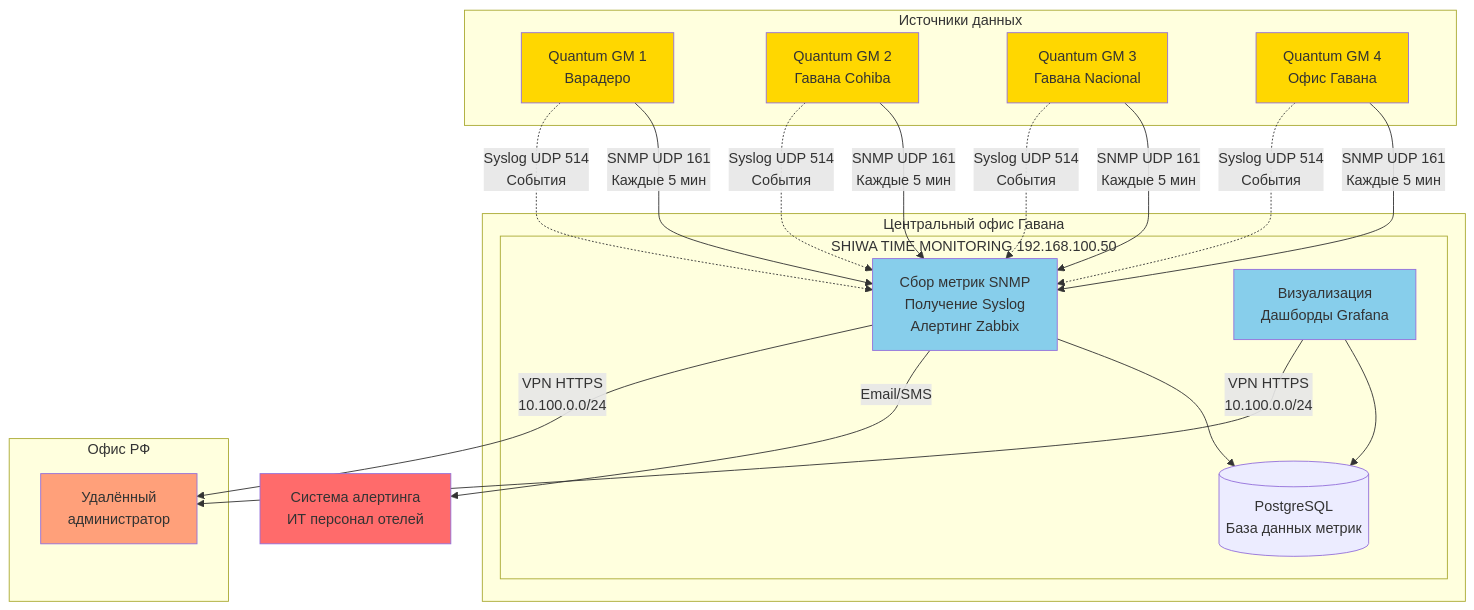
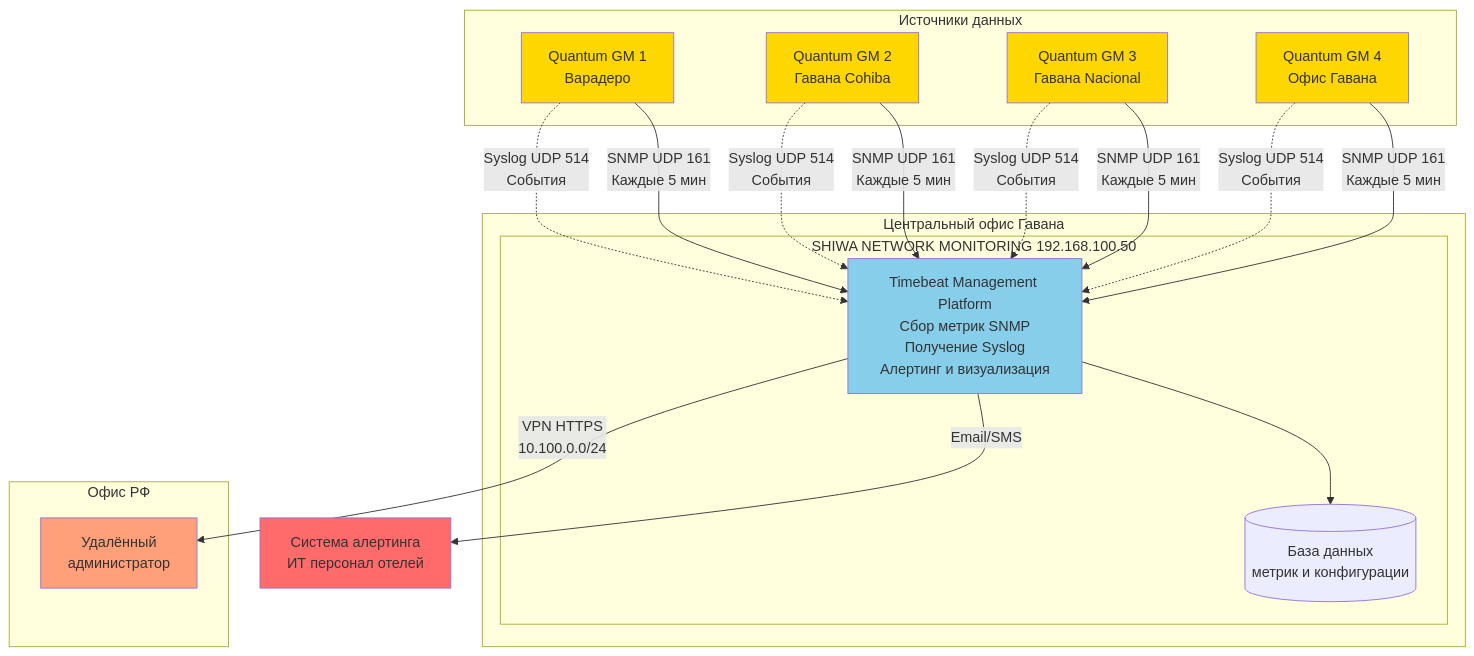
One commit to SiwaNetwork/BIZNES_HOTEL changed the fourth of 6 diagrams in network_diagrams.md. Above: the diagram before and after it, drawn with Mermaid. The commit also changed other lines of this file and 4 other files, not shown here.

First line of the commit message:
Переименована система мониторинга в SHIWA NETWORK MONITORING

````diff
--- a/network_diagrams.md
+++ b/network_diagrams.md
@@ -347,48 +347,44 @@
 ```mermaid
 graph TB
     subgraph sources["Источники данных"]
         GM1["Quantum GM 1<br/>Варадеро"]
         GM2["Quantum GM 2<br/>Гавана Cohiba"]
         GM3["Quantum GM 3<br/>Гавана Nacional"]
         GM4["Quantum GM 4<br/>Офис Гавана"]
     end
     
     subgraph office["Центральный офис Гавана"]
-        subgraph monitoring["SHIWA TIME MONITORING 192.168.100.50"]
-            ZABBIX["Сбор метрик SNMP<br/>Получение Syslog<br/>Алертинг Zabbix"]
-            GRAFANA["Визуализация<br/>Дашборды Grafana"]
-            DB[("PostgreSQL<br/>База данных метрик")]
+        subgraph monitoring["SHIWA NETWORK MONITORING 192.168.100.50"]
+            TIMEBEAT["Timebeat Management Platform<br/>Сбор метрик SNMP<br/>Получение Syslog<br/>Алертинг и визуализация"]
+            DB[("База данных<br/>метрик и конфигурации")]
             
-            ZABBIX --> DB
-            GRAFANA --> DB
+            TIMEBEAT --> DB
         end
     end
     
-    GM1 -->|"SNMP UDP 161<br/>Каждые 5 мин"| ZABBIX
-    GM2 -->|"SNMP UDP 161<br/>Каждые 5 мин"| ZABBIX
-    GM3 -->|"SNMP UDP 161<br/>Каждые 5 мин"| ZABBIX
-    GM4 -->|"SNMP UDP 161<br/>Каждые 5 мин"| ZABBIX
+    GM1 -->|"SNMP UDP 161<br/>Каждые 5 мин"| TIMEBEAT
+    GM2 -->|"SNMP UDP 161<br/>Каждые 5 мин"| TIMEBEAT
+    GM3 -->|"SNMP UDP 161<br/>Каждые 5 мин"| TIMEBEAT
+    GM4 -->|"SNMP UDP 161<br/>Каждые 5 мин"| TIMEBEAT
     
-    GM1 -.->|"Syslog UDP 514<br/>События"| ZABBIX
-    GM2 -.->|"Syslog UDP 514<br/>События"| ZABBIX
-    GM3 -.->|"Syslog UDP 514<br/>События"| ZABBIX
-    GM4 -.->|"Syslog UDP 514<br/>События"| ZABBIX
+    GM1 -.->|"Syslog UDP 514<br/>События"| TIMEBEAT
+    GM2 -.->|"Syslog UDP 514<br/>События"| TIMEBEAT
+    GM3 -.->|"Syslog UDP 514<br/>События"| TIMEBEAT
+    GM4 -.->|"Syslog UDP 514<br/>События"| TIMEBEAT
     
-    ZABBIX -->|"Email/SMS"| ALERTS["Система алертинга<br/>ИТ персонал отелей"]
+    TIMEBEAT -->|"Email/SMS"| ALERTS["Система алертинга<br/>ИТ персонал отелей"]
     
     subgraph rf["Офис РФ"]
         RF_ADMIN["Удалённый<br/>администратор"]
     end
     
-    GRAFANA -->|"VPN HTTPS<br/>10.100.0.0/24"| RF_ADMIN
-    ZABBIX -->|"VPN HTTPS<br/>10.100.0.0/24"| RF_ADMIN
+    TIMEBEAT -->|"VPN HTTPS<br/>10.100.0.0/24"| RF_ADMIN
 
     style GM1 fill:#FFD700
     style GM2 fill:#FFD700
     style GM3 fill:#FFD700
     style GM4 fill:#FFD700
-    style ZABBIX fill:#87CEEB
-    style GRAFANA fill:#87CEEB
+    style TIMEBEAT fill:#87CEEB
     style ALERTS fill:#FF6B6B
     style RF_ADMIN fill:#FFA07A
 ```
````
